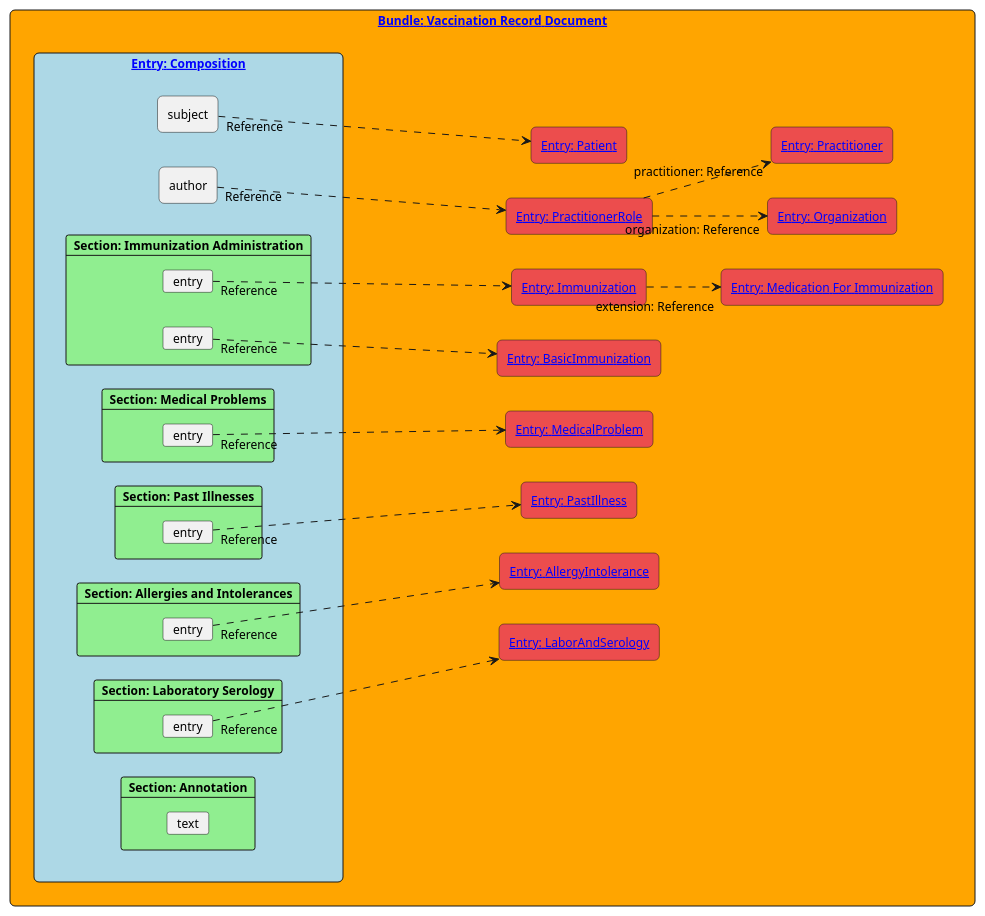
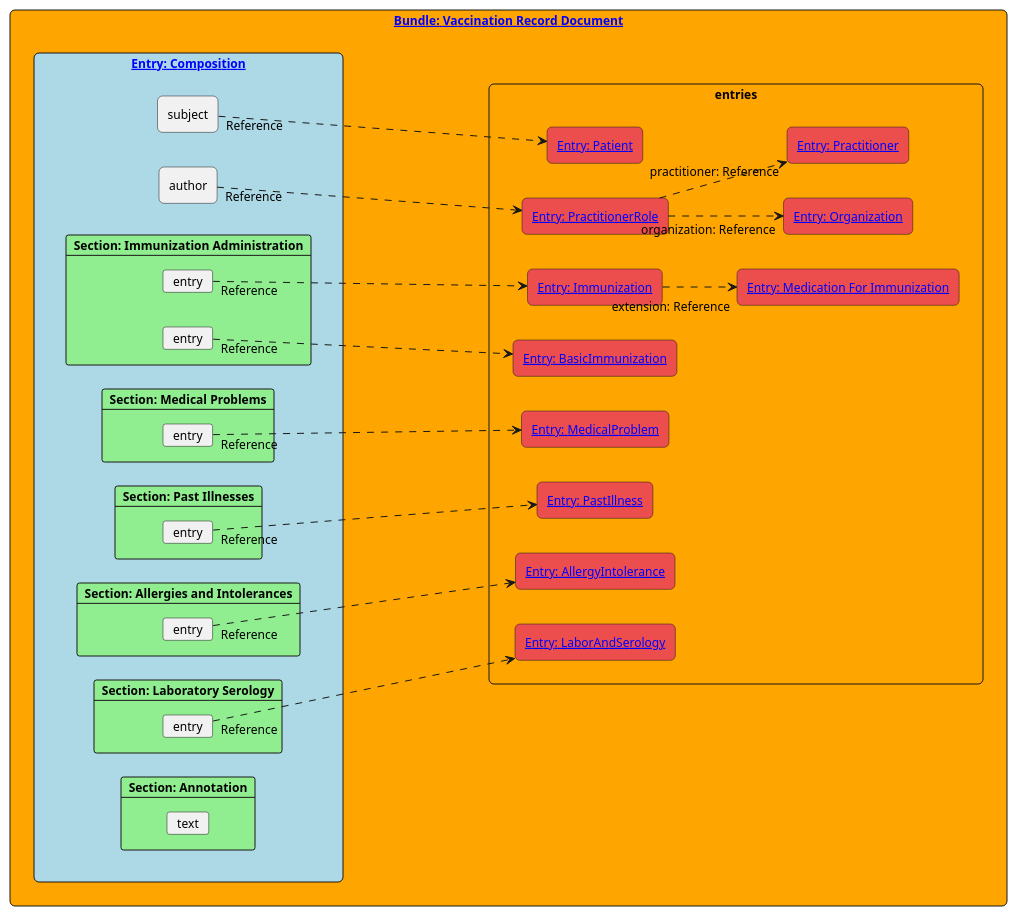
The diagram in input/images-source/vaccination-record-document-elements.plantuml (hl7ch/ch-vacd), drawn with PlantUML before and after one commit. The commit also changed 3 other files, not shown here.

```diff
--- a/input/images-source/vaccination-record-document-elements.plantuml
+++ b/input/images-source/vaccination-record-document-elements.plantuml
@@ -1,93 +1,93 @@
 @startuml
 skinparam shadowing false
 skinparam rectangle {
     roundCorner 10
 }
 
 skinparam linetype straight
 skinparam defaultFontSize 12
 
 left to right direction
 
 rectangle "[[StructureDefinition-ch-vacd-document-vaccination-record.html Bundle: Vaccination Record Document]]" as document #Orange {
     rectangle "[[StructureDefinition-ch-vacd-composition-vaccination-record.html Entry: Composition]]" as composition #Lightblue  {
         together {
             rectangle subject
             rectangle author
         }
 
         together {
             card "Section: Immunization Administration" #LightGreen {
                 card entry as entry1.1
                 card entry as entry1.2
             }
             card "Section: Medical Problems" #LightGreen {
                 card entry as entry2.1
             }
             card "Section: Past Illnesses" #LightGreen {
                 card entry as entry3.1
             }
             card "Section: Allergies and Intolerances" #LightGreen {
                 card entry as entry4.1
             }
             card "Section: Laboratory Serology" #LightGreen {
                 card entry as entry5.1
             }
             card "Section: Annotation" #LightGreen {
                 card "text"
             }
         }
 
     }
 
-    together {
+    rectangle "entries" as entries {
 
         together {
             rectangle "[[http://fhir.ch/ig/ch-core/StructureDefinition/ch-core-patient-epr Entry: Patient]]" as patient #ec4d4dff {
             }
             rectangle "[[http://fhir.ch/ig/ch-core/StructureDefinition/ch-core-practitionerrole-epr Entry: PractitionerRole]]" as practitionerrole #ec4d4dff {
                 ''card practitioner as practitioner1
                 ''card organization as organization1
             }
 
             rectangle "[[StructureDefinition-ch-vacd-immunization.html Entry: Immunization]]" as immunization1 #ec4d4dff {
                 ''card "extension: medication" as extimmunmedi
             }
             rectangle "[[StructureDefinition-ch-vacd-basic-immunization.html Entry: BasicImmunization]]" as basicimmunization #ec4d4dff {
             }
             rectangle "[[StructureDefinition-ch-vacd-medical-problems.html Entry: MedicalProblem]]" as medicalproblem #ec4d4dff {
             }
             rectangle "[[StructureDefinition-ch-vacd-pastillnesses.html Entry: PastIllness]]" as pastillness #ec4d4dff {
             }
             rectangle "[[StructureDefinition-ch-vacd-allergyintolerances.html Entry: AllergyIntolerance]]" as allergyintolerance #ec4d4dff {
             }
             rectangle "[[StructureDefinition-ch-vacd-laboratory-serology.html Entry: LaborAndSerology]]" as laborandserology #ec4d4dff {
             }
         }
 
         together {
             rectangle "[[http://fhir.ch/ig/ch-core/StructureDefinition/ch-core-practitioner-epr Entry: Practitioner]]" as practitioner #ec4d4dff {
             }
             rectangle "[[http://fhir.ch/ig/ch-core/StructureDefinition/ch-core-organization-epr Entry: Organization]]" as organization #ec4d4dff {
             }
             rectangle "[[StructureDefinition-ch-vacd-medication-for-immunization.html Entry: Medication For Immunization]]" as mediforimmun #ec4d4dff {
             }
         }
     }
 }
 
 practitionerrole ..>"practitioner: Reference" practitioner
 practitionerrole ..>"organization: Reference" organization
 
 
 subject "Reference"..>  patient
 author "Reference"..> practitionerrole
 entry1.1 "Reference"..> immunization1
 immunization1 ..>"extension: Reference" mediforimmun
 entry1.2 "Reference"..> basicimmunization
 entry2.1 "Reference"..> medicalproblem
 entry3.1 "Reference"..> pastillness
 entry4.1 "Reference"..> allergyintolerance
 entry5.1 "Reference"..> laborandserology
 
 @enduml
```
